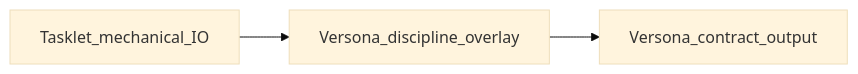
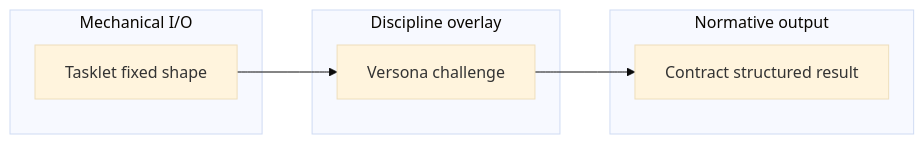
Before and after one commit to autowww/blueprints: the first of 3 diagrams in sdlc/methodologies/forge/versona/README.md, drawn with Mermaid (base theme). The commit also changed other lines of this file and 7 other files, not shown here.

First line of the commit message:
docs: enrich Mermaid diagrams with subgraphs and Forge style guidance

````diff
--- a/sdlc/methodologies/forge/versona/README.md
+++ b/sdlc/methodologies/forge/versona/README.md
@@ -94,8 +146,14 @@
 ```mermaid
 flowchart LR
-  T[Tasklet_mechanical_IO]
-  V[Versona_discipline_overlay]
-  R[Versona_contract_output]
+  subgraph Mechanical["Mechanical I/O"]
+    T[Tasklet fixed shape]
+  end
+  subgraph Overlay["Discipline overlay"]
+    V[Versona challenge]
+  end
+  subgraph Output["Normative output"]
+    R[Contract structured result]
+  end
   T --> V
   V --> R
 ```
````
